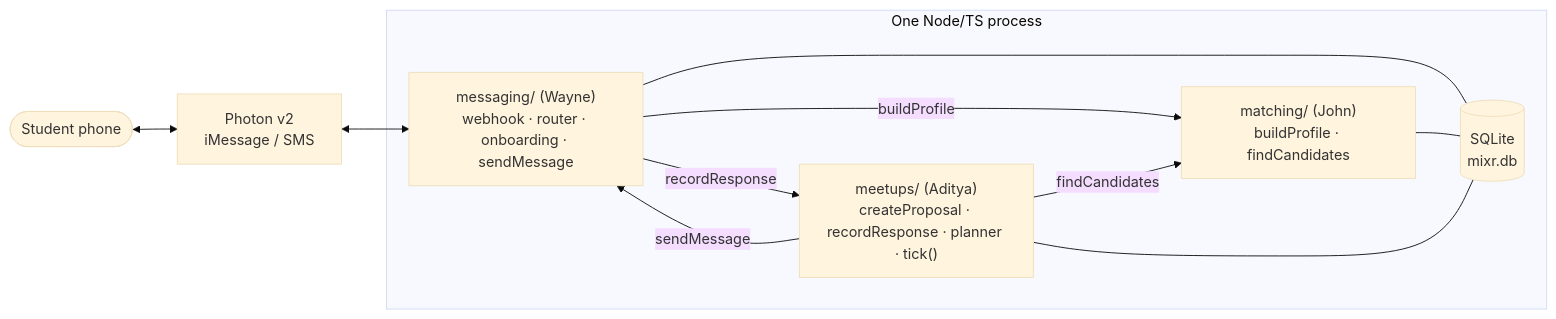
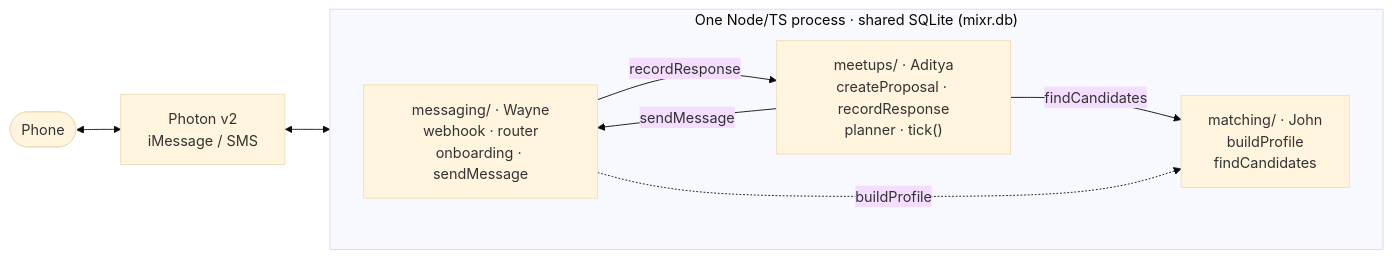
One commit to Nano-AI/mixr changed the second of 2 diagrams in README.md. Above: the diagram before and after it, drawn with Mermaid (base theme). The commit also changed other lines of this file, not shown here.

Commit message:
docs: lay out Mermaid diagrams horizontally

````diff
--- a/README.md
+++ b/README.md
@@ -26,20 +19,14 @@
 ```mermaid
 flowchart LR
-    Phone(["Student phone"]) <--> Photon["Photon v2<br/>iMessage / SMS"]
-    Photon <--> MSG
-
-    subgraph App["One Node/TS process"]
-        MSG["messaging/ (Wayne)<br/>webhook · router · onboarding · sendMessage"]
-        MAT["matching/ (John)<br/>buildProfile · findCandidates"]
-        MEET["meetups/ (Aditya)<br/>createProposal · recordResponse · planner · tick()"]
-        DB[("SQLite<br/>mixr.db")]
-
-        MSG -- "buildProfile" --> MAT
+    Phone(["Phone"]) <--> Photon["Photon v2<br/>iMessage / SMS"] <--> MSG
+    subgraph App["One Node/TS process · shared SQLite (mixr.db)"]
+        direction LR
+        MSG["messaging/ · Wayne<br/>webhook · router<br/>onboarding · sendMessage"]
+        MEET["meetups/ · Aditya<br/>createProposal · recordResponse<br/>planner · tick()"]
+        MAT["matching/ · John<br/>buildProfile<br/>findCandidates"]
         MSG -- "recordResponse" --> MEET
+        MEET -- "sendMessage" --> MSG
         MEET -- "findCandidates" --> MAT
-        MEET -- "sendMessage" --> MSG
-        MSG --- DB
-        MAT --- DB
-        MEET --- DB
+        MSG -. "buildProfile" .-> MAT
     end
 ```
````
